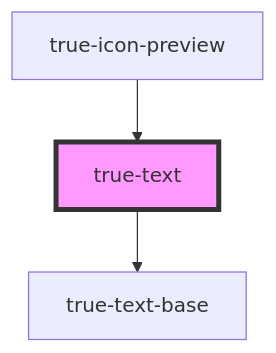
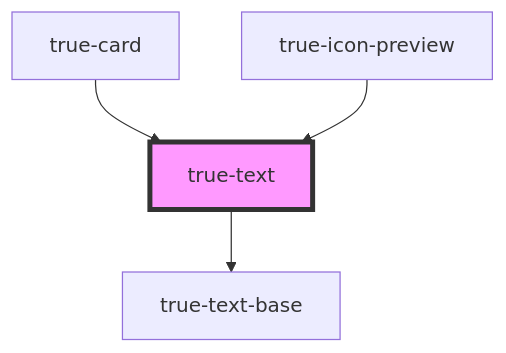
Before and after one commit to bbjdt2224/true-component-library: the diagram in src/components/typography/text/readme.md, drawn with Mermaid. The commit also changed other lines of this file and 56 other files, not shown here.

````diff
--- a/src/components/typography/text/readme.md
+++ b/src/components/typography/text/readme.md
@@ -28,6 +29,7 @@
 ```mermaid
 graph TD;
   true-text --> true-text-base
+  true-card --> true-text
   true-icon-preview --> true-text
   style true-text fill:#f9f,stroke:#333,stroke-width:4px
 ```
````
